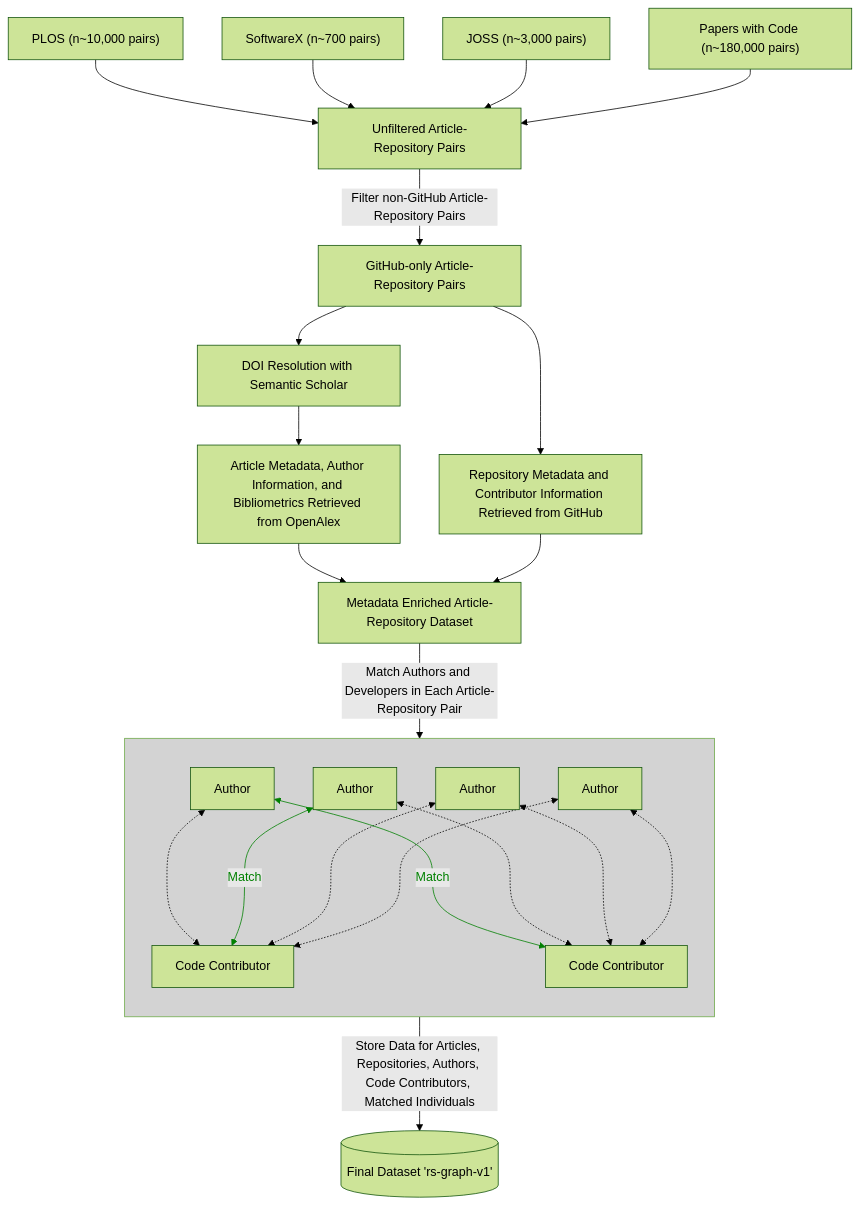
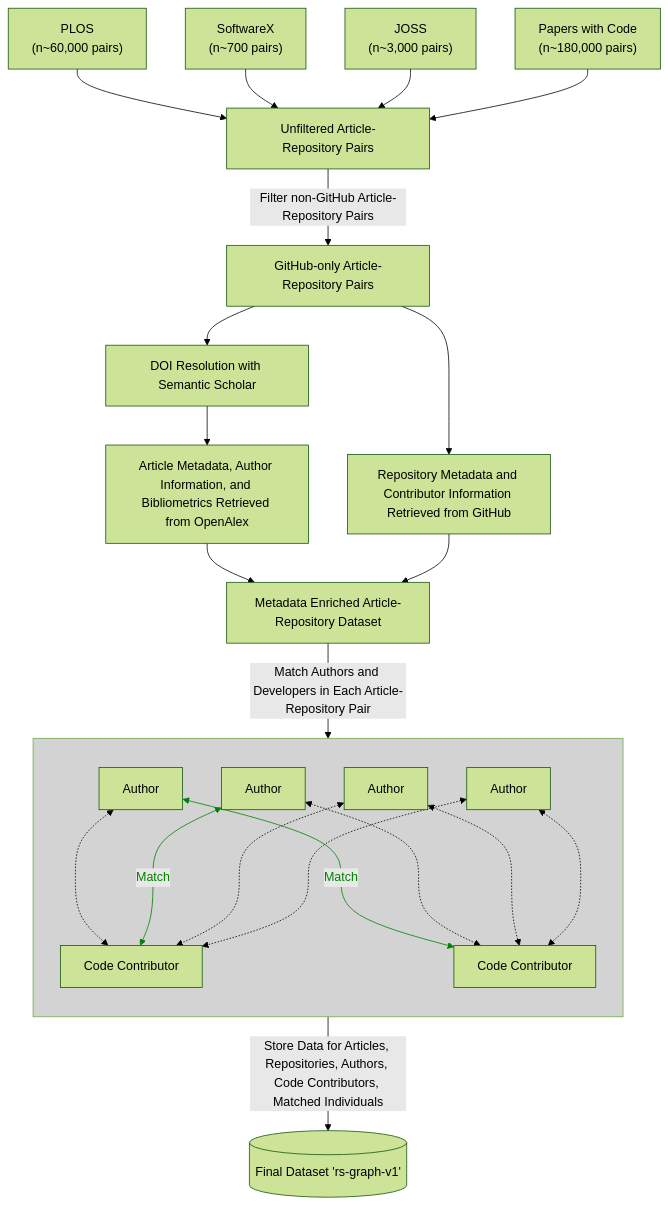
The diagram in publications/qss-code-authors/qss-code-authors.qmd (evamaxfield/rs-graph), drawn with Mermaid (forest theme) before and after one commit. The commit also changed other lines of this file and 1 other file, not shown here.

Commit message:
Print article counts per data source in main text, include filtering sumarization statement in introduction, include statement about github filtering in limitations, fix bib

````diff
--- a/publications/qss-code-authors/qss-code-authors.qmd
+++ b/publications/qss-code-authors/qss-code-authors.qmd
@@ -641,50 +651,50 @@
 ```{mermaid}
 %%| label: fig-workflow-diagram
-%%| fig-cap: Data Gathering and Processing Workflow. We begin by gathering article-repository pairs from PLOS, JOSS, SoftwareX, and Papers with Code, retaining only pairs where the source code repository is hosted on GitHub. For each article-repository pair, we retrieve the DOI for the most recent version of the article via the Semantic Scholar API, then obtain the article's metadata, author information, and bibliometric data from OpenAlex. In parallel, we collect the source code repository's metadata and contributor information using the GitHub API. After retrieving both article and repository information, we apply our trained author-developer matching model across all possible combinations of article authors and repository contributors for each article-repository pair. Finally, we store all retrieved information and the matched author-developer pairs in a SQLite database.
+%%| fig-cap: Data Gathering and Processing Workflow. We begin by gathering article-repository pairs from PLOS, JOSS, SoftwareX, and Papers with Code, retaining only pairs where the source code repository is hosted on GitHub. For each article-repository pair, we retrieve the DOI for the most recent version of the article via the Semantic Scholar API, then obtain the article's metadata, author information, and bibliometric data from OpenAlex. In parallel, we collect the source code repository's metadata and contributor information using the GitHub API. After retrieving both article and repository information, we apply our trained author-developer matching model across all possible combinations of article authors and repository contributors for each article-repository pair. Finally, we store all retrieved information and the matched author-developer pairs in a SQLite database. Article-repository pair counts are approximate because there are no snapshots of these databases at a single point in time. The estimates are based on counts from each data source taken in October 2025.
 %%| fig-height: 7
 %%| fig-align: center
 
 flowchart TB
 
 %% sources %%
-plos["PLOS (n~10,000 pairs)"] --> unfiltered[Unfiltered Article-Repository Pairs]
-softwarex["SoftwareX (n~700 pairs)"] --> unfiltered
-joss["JOSS (n~3,000 pairs)"] --> unfiltered
-pwc["Papers with Code (n~180,000 pairs)"] --> unfiltered
+plos["PLOS<br/>(n~60,000 pairs)"] --> unfiltered[Unfiltered Article-Repository Pairs]
+softwarex["SoftwareX<br/>(n~700 pairs)"] --> unfiltered
+joss["JOSS<br/>(n~3,000 pairs)"] --> unfiltered
+pwc["Papers with Code<br/>(n~180,000 pairs)"] --> unfiltered
 
 %% filtering %%
 unfiltered --> |Filter non-GitHub Article-Repository Pairs| dataset[GitHub-only Article-Repository Pairs]
 
 %% article processing %%
 dataset --> s2[DOI Resolution with Semantic Scholar]
 s2 --> openalex[Article Metadata, Author Information, and Bibliometrics Retrieved from OpenAlex]
 
 %% repo processing %%
 dataset --> gh-api[Repository Metadata and Contributor Information Retrieved from GitHub]
 
 %% merge %%
 openalex --> core-dataset[Metadata Enriched Article-Repository Dataset]
 gh-api --> core-dataset
 
 %% author-developer matching %%
 subgraph admatching[" "]
     direction TB
 	
 	author1[Author] <-..-> contrib1[Code Contributor]
 	author2[Author] <--> |Match| contrib1
 	author3[Author] <-..-> contrib1
 	author4[Author] <-..-> contrib1
 	author1 <--> |Match| contrib2[Code Contributor]
 	author2 <-..-> contrib2
 	author3 <-..-> contrib2
 	author4 <-..-> contrib2
 	
 	linkStyle 11,14 stroke:green,color:green;
 end
 
 core-dataset --> |Match Authors and Developers in Each Article-Repository Pair| admatching
 
 admatching --> |Store Data for Articles, Repositories, Authors, Code Contributors, Matched Individuals| final-dataset[("Final Dataset 'rs-graph-v1'")]
 
 style admatching fill: lightgrey
 ```
````
